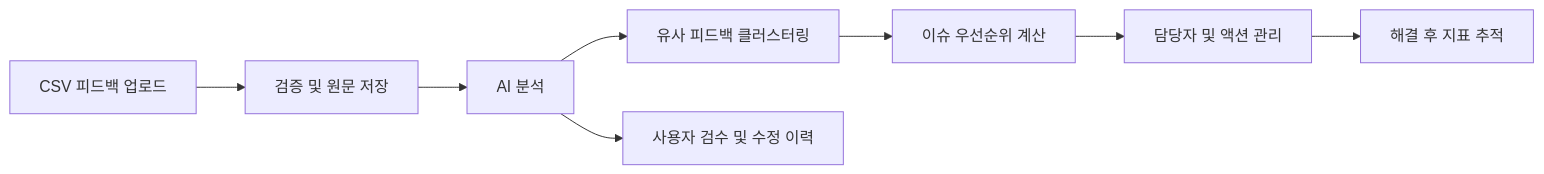
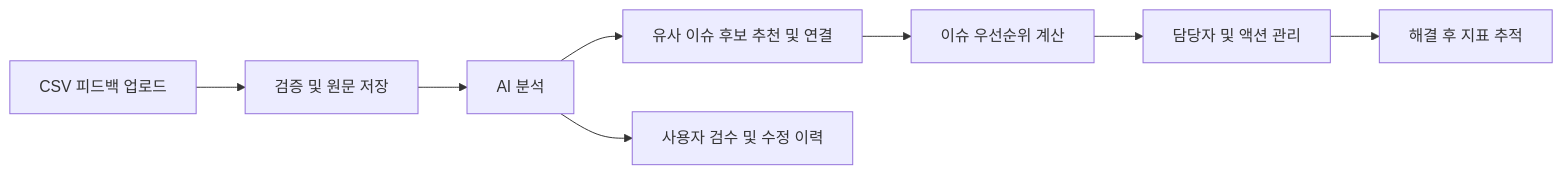
One commit to JJUNOKIM/voc-actionops changed the diagram in README.md. Above: the diagram before and after it, drawn with Mermaid. The commit also changed 4 other files, not shown here.

````diff
--- a/README.md
+++ b/README.md
@@ -9,10 +9,10 @@
 ```mermaid
 flowchart LR
     A[CSV 피드백 업로드] --> B[검증 및 원문 저장]
     B --> C[AI 분석]
-    C --> D[유사 피드백 클러스터링]
+    C --> D[유사 이슈 후보 추천 및 연결]
     D --> E[이슈 우선순위 계산]
     E --> F[담당자 및 액션 관리]
     F --> G[해결 후 지표 추적]
     C --> H[사용자 검수 및 수정 이력]
 ```
````
